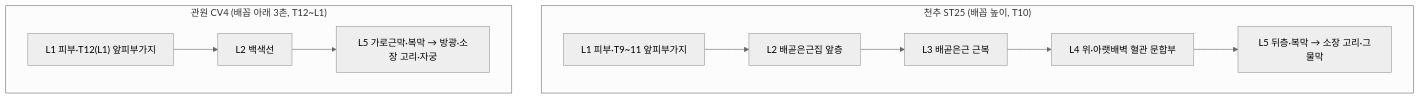
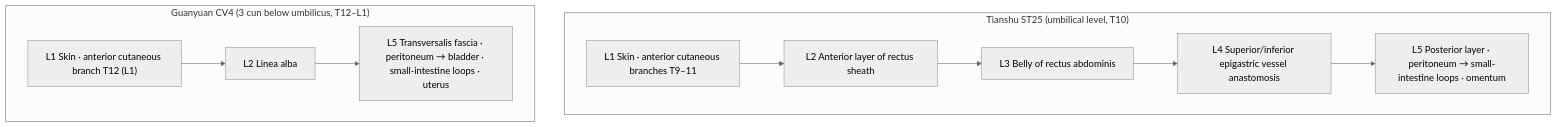
The first of 2 diagrams in 03_주제별_경혈고증_연구보고서/천추_관원_모혈분절_고증/천추_관원_모혈분절정합성_고증_보고서_en.md (jaehyokim-sketch/acupoint_anatomy), drawn with Mermaid (neutral theme) before and after one commit. The commit also changed other lines of this file and 199 other files, not shown here.

````diff
--- a/03_주제별_경혈고증_연구보고서/천추_관원_모혈분절_고증/천추_관원_모혈분절정합성_고증_보고서_en.md
+++ b/03_주제별_경혈고증_연구보고서/천추_관원_모혈분절_고증/천추_관원_모혈분절정합성_고증_보고서_en.md
@@ -84,13 +85,13 @@
 ```mermaid
 graph TD
-    subgraph ST25["천추 ST25 (배꼽 높이, T10)"]
-        S1["L1 피부·T9~11 앞피부가지"] --> S2["L2 배곧은근집 앞층"]
-        S2 --> S3["L3 배곧은근 근복"]
-        S3 --> S4["L4 위·아랫배벽 혈관 문합부"]
-        S4 --> S5["L5 뒤층·복막 → 소장 고리·그물막"]
+    subgraph ST25["Tianshu ST25 (umbilical level, T10)"]
+        S1["L1 Skin · anterior cutaneous branches T9–11"] --> S2["L2 Anterior layer of rectus sheath"]
+        S2 --> S3["L3 Belly of rectus abdominis"]
+        S3 --> S4["L4 Superior/inferior epigastric vessel anastomosis"]
+        S4 --> S5["L5 Posterior layer · peritoneum → small-intestine loops · omentum"]
     end
-    subgraph CV4["관원 CV4 (배꼽 아래 3촌, T12~L1)"]
-        C1["L1 피부·T12(L1) 앞피부가지"] --> C2["L2 백색선"]
-        C2 --> C5["L5 가로근막·복막 → 방광·소장 고리·자궁"]
+    subgraph CV4["Guanyuan CV4 (3 cun below umbilicus, T12–L1)"]
+        C1["L1 Skin · anterior cutaneous branch T12 (L1)"] --> C2["L2 Linea alba"]
+        C2 --> C5["L5 Transversalis fascia · peritoneum → bladder · small-intestine loops · uterus"]
     end
 ```
````
